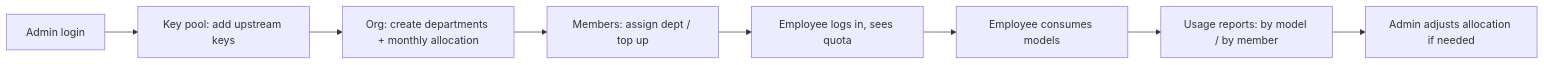
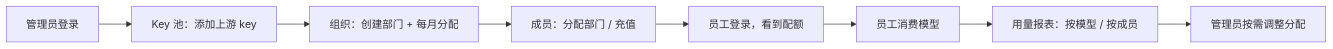
One commit to argszero/aitokenpool changed the fifth of 6 diagrams in docs/user-stories.md. Above: the diagram before and after it, drawn with Mermaid. The commit also changed other lines of this file, not shown here.

````diff
--- a/docs/user-stories.md
+++ b/docs/user-stories.md
@@ -239,10 +242,10 @@
 ```mermaid
 flowchart LR
-  A[Admin login] --> B[Key pool: add upstream keys]
-  B --> C[Org: create departments + monthly allocation]
-  C --> D[Members: assign dept / top up]
-  D --> E[Employee logs in, sees quota]
-  E --> F[Employee consumes models]
-  F --> G[Usage reports: by model / by member]
-  G --> H[Admin adjusts allocation if needed]
+  A[管理员登录] --> B[Key 池：添加上游 key]
+  B --> C[组织：创建部门 + 每月分配]
+  C --> D[成员：分配部门 / 充值]
+  D --> E[员工登录，看到配额]
+  E --> F[员工消费模型]
+  F --> G[用量报表：按模型 / 按成员]
+  G --> H[管理员按需调整分配]
 ```
````
